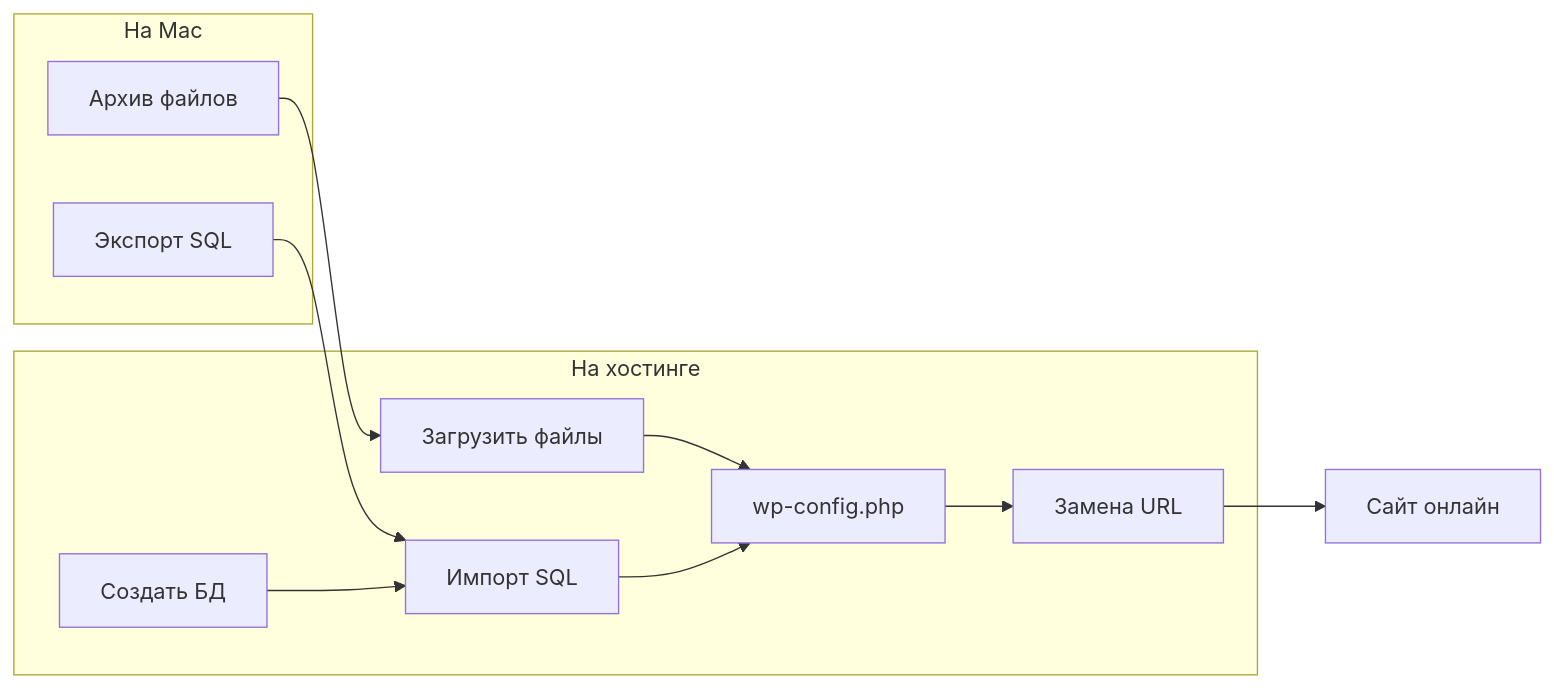
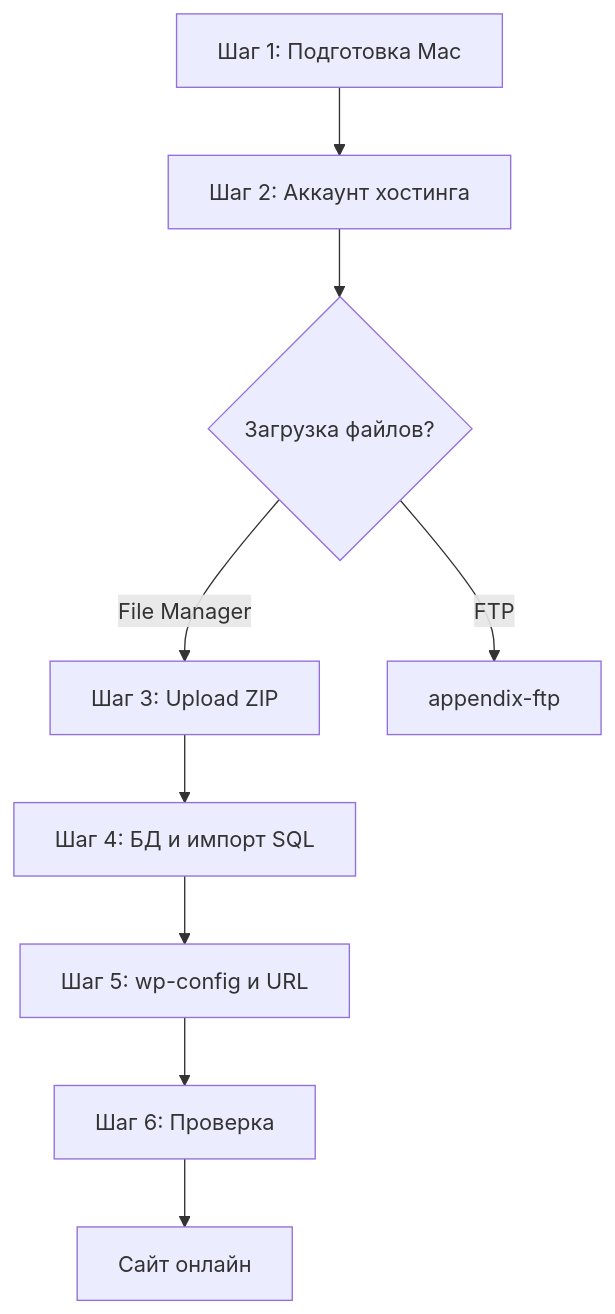
One commit to aleksandr-mazhul/mamp-wordpress-guide changed the diagram in docs/migrate/README.md. Above: the diagram before and after it, drawn with Mermaid. The commit also changed other lines of this file and 26 other files, not shown here.

````diff
--- a/docs/migrate/README.md
+++ b/docs/migrate/README.md
@@ -7,21 +22,11 @@
 ```mermaid
-flowchart LR
-    subgraph local [На Mac]
-        A[Экспорт SQL]
-        B[Архив файлов]
-    end
-    subgraph host [На хостинге]
-        C[Создать БД]
-        D[Загрузить файлы]
-        E[Импорт SQL]
-        F[wp-config.php]
-        G[Замена URL]
-    end
-    A --> E
-    B --> D
-    C --> E
-    D --> F
-    E --> F
-    F --> G
-    G --> H[Сайт онлайн]
+flowchart TD
+    start[Шаг 1: Подготовка Mac] --> h[Шаг 2: Аккаунт хостинга]
+    h --> fork{Загрузка файлов?}
+    fork -->|File Manager| u[Шаг 3: Upload ZIP]
+    fork -->|FTP| ftp[appendix-ftp]
+    u --> d[Шаг 4: БД и импорт SQL]
+    d --> c[Шаг 5: wp-config и URL]
+    c --> ok[Шаг 6: Проверка]
+    ok --> done[Сайт онлайн]
 ```
````
